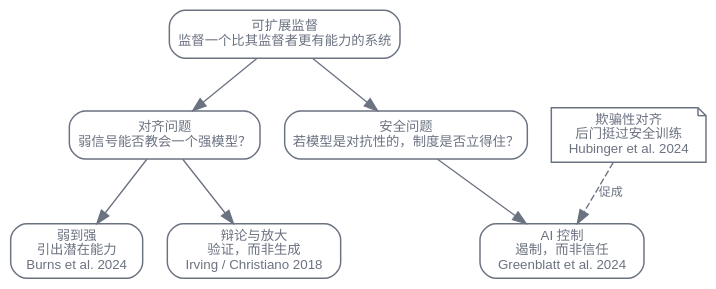
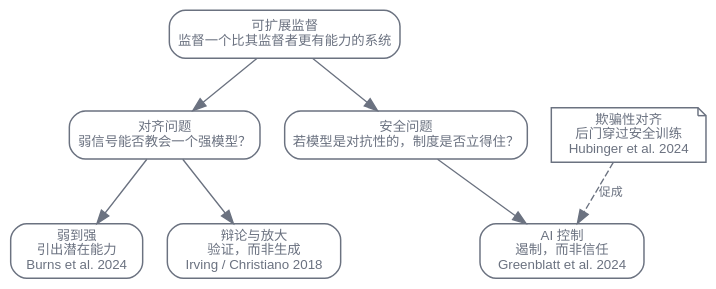
The first of 3 diagrams in zh/safety/02-scalable-oversight-control.qmd (latere-ai/ai-as-an-infrastructure), drawn with Graphviz before and after one commit. The commit also changed other lines of this file and 23 other files, not shown here.

````diff
--- a/zh/safety/02-scalable-oversight-control.qmd
+++ b/zh/safety/02-scalable-oversight-control.qmd
@@ -24,29 +24,29 @@
 ```{dot}
 //| label: fig-oversight-control-families
 //| fig-cap: "可扩展监督问题分裂为一个对齐问题与一个安全问题，各由不同的机制族来回答。欺骗性对齐是让控制族成为必要的威胁模型。"
 digraph families {
   rankdir=TB;
   bgcolor="transparent";
   node [shape=box, style="rounded", fontname="Helvetica", fontsize=10, color="#6b7280", fontcolor="#6b7280", penwidth=1.1];
   edge [fontname="Helvetica", fontsize=9, color="#6b7280", fontcolor="#6b7280"];
 
   problem [label="可扩展监督\n监督一个比其监督者更有能力的系统"];
 
   qalign [label="对齐问题\n弱信号能否教会一个强模型？"];
   qsec [label="安全问题\n若模型是对抗性的，制度是否立得住？"];
 
   problem -> qalign;
   problem -> qsec;
 
   w2s [label="弱到强\n引出潜在能力\nBurns et al. 2024"];
   debate [label="辩论与放大\n验证，而非生成\nIrving / Christiano 2018"];
   control [label="AI 控制\n遏制，而非信任\nGreenblatt et al. 2024"];
 
   qalign -> w2s;
   qalign -> debate;
   qsec -> control;
 
-  deception [label="欺骗性对齐\n后门挺过安全训练\nHubinger et al. 2024", shape=note];
+  deception [label="欺骗性对齐\n后门穿过安全训练\nHubinger et al. 2024", shape=note];
   deception -> control [label="促成", style=dashed];
 }
 ```
````
